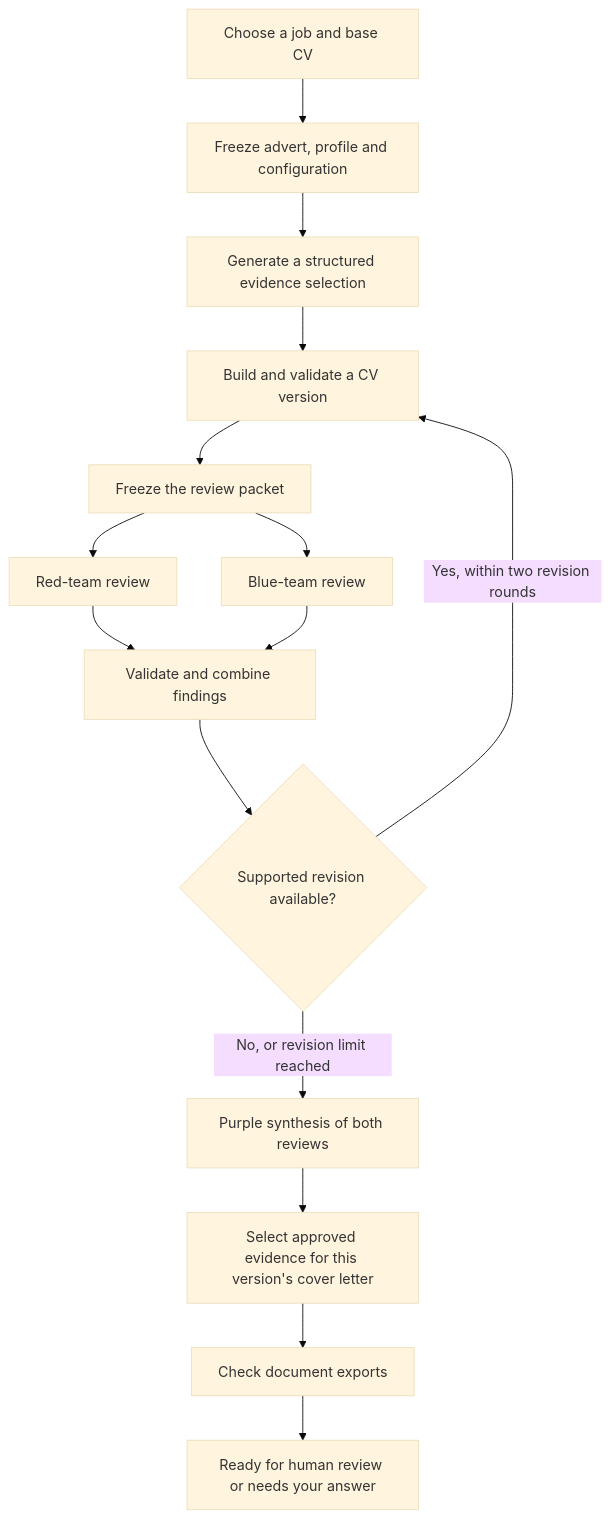
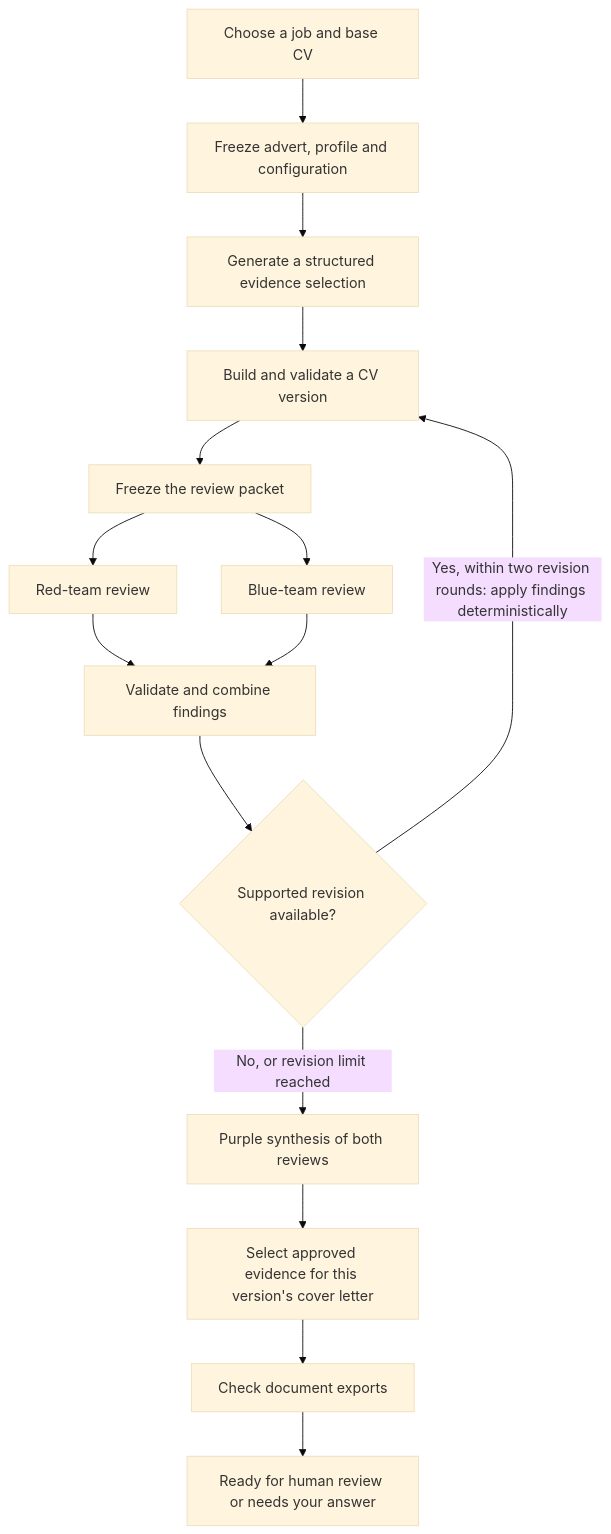
One commit to retinapeg/careerops-ai changed the diagram in README.md. Above: the diagram before and after it, drawn with Mermaid (base theme). The commit also changed other lines of this file, not shown here.

First line of the commit message:
docs: open with the workflow architecture and its reliability guards

````diff
--- a/README.md
+++ b/README.md
@@ -79,17 +90,17 @@
 ```mermaid
 flowchart TD
     A[Choose a job and base CV] --> B[Freeze advert, profile and configuration]
     B --> C[Generate a structured evidence selection]
     C --> D[Build and validate a CV version]
     D --> E[Freeze the review packet]
     E --> R[Red-team review]
     E --> U[Blue-team review]
     R --> F[Validate and combine findings]
     U --> F
     F --> G{Supported revision available?}
-    G -->|Yes, within two revision rounds| D
+    G -->|Yes, within two revision rounds: apply findings deterministically| D
     G -->|No, or revision limit reached| P[Purple synthesis of both reviews]
     P --> L[Select approved evidence for this version's cover letter]
     L --> H[Check document exports]
     H --> I[Ready for human review or needs your answer]
 ```
````
